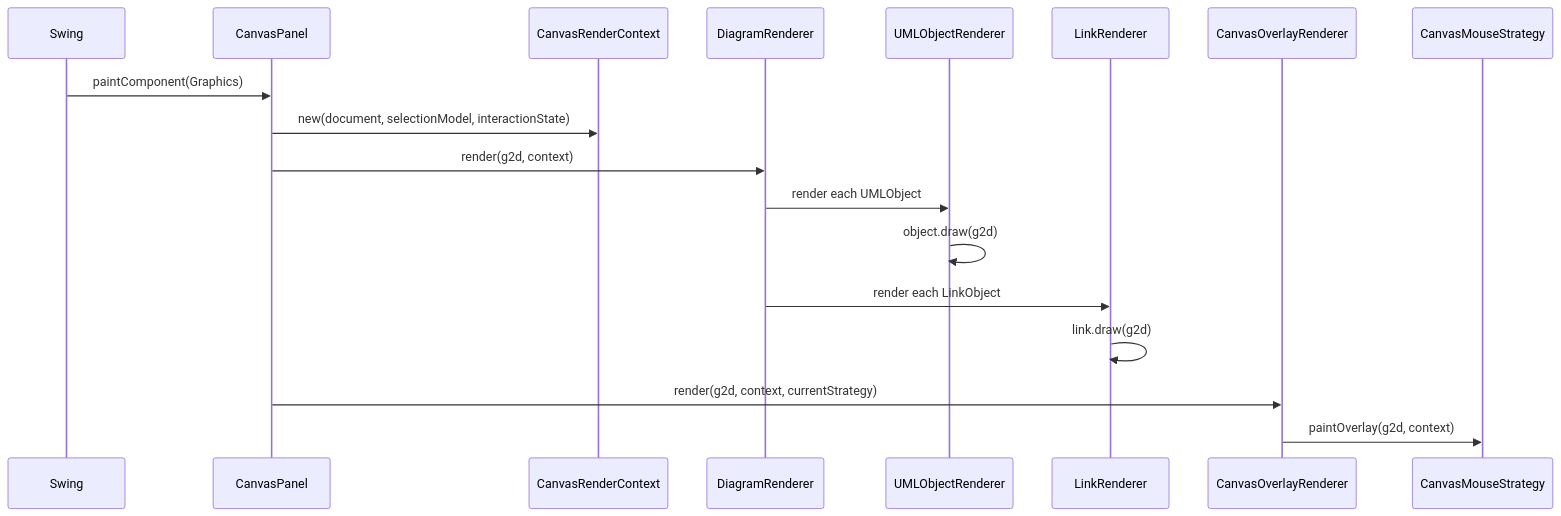
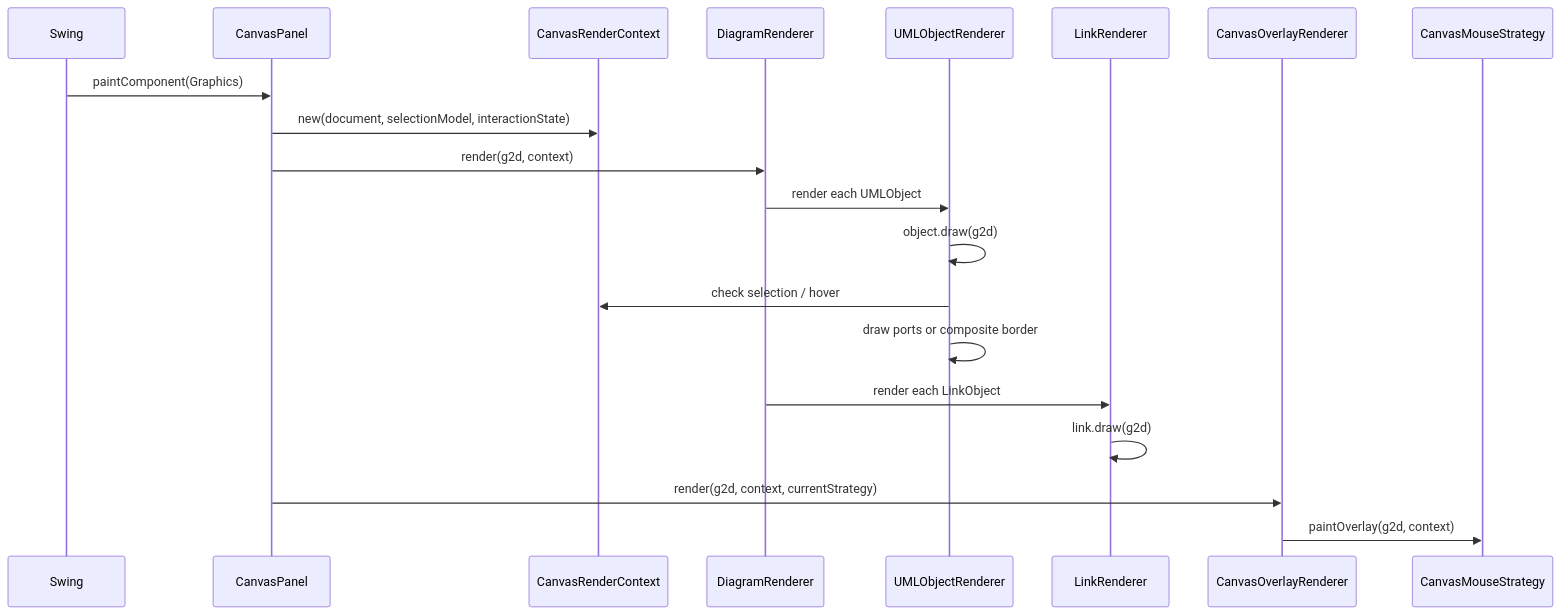
The fifth of 11 diagrams in ARCHITECTURE.md (HsuChen88/UML-demo), drawn with Mermaid before and after one commit. The commit also changed other lines of this file, not shown here.

Commit message:
docs: upate ARCHITECTURE.md

````diff
--- a/ARCHITECTURE.md
+++ b/ARCHITECTURE.md
@@ -302,21 +373,23 @@
 ```mermaid
 sequenceDiagram
     participant Swing
     participant CP as CanvasPanel
     participant Context as CanvasRenderContext
     participant DR as DiagramRenderer
     participant OR as UMLObjectRenderer
     participant LR as LinkRenderer
     participant Overlay as CanvasOverlayRenderer
     participant Strategy as CanvasMouseStrategy
 
     Swing->>CP: paintComponent(Graphics)
     CP->>Context: new(document, selectionModel, interactionState)
     CP->>DR: render(g2d, context)
     DR->>OR: render each UMLObject
     OR->>OR: object.draw(g2d)
+    OR->>Context: check selection / hover
+    OR->>OR: draw ports or composite border
     DR->>LR: render each LinkObject
     LR->>LR: link.draw(g2d)
     CP->>Overlay: render(g2d, context, currentStrategy)
     Overlay->>Strategy: paintOverlay(g2d, context)
 ```
````
